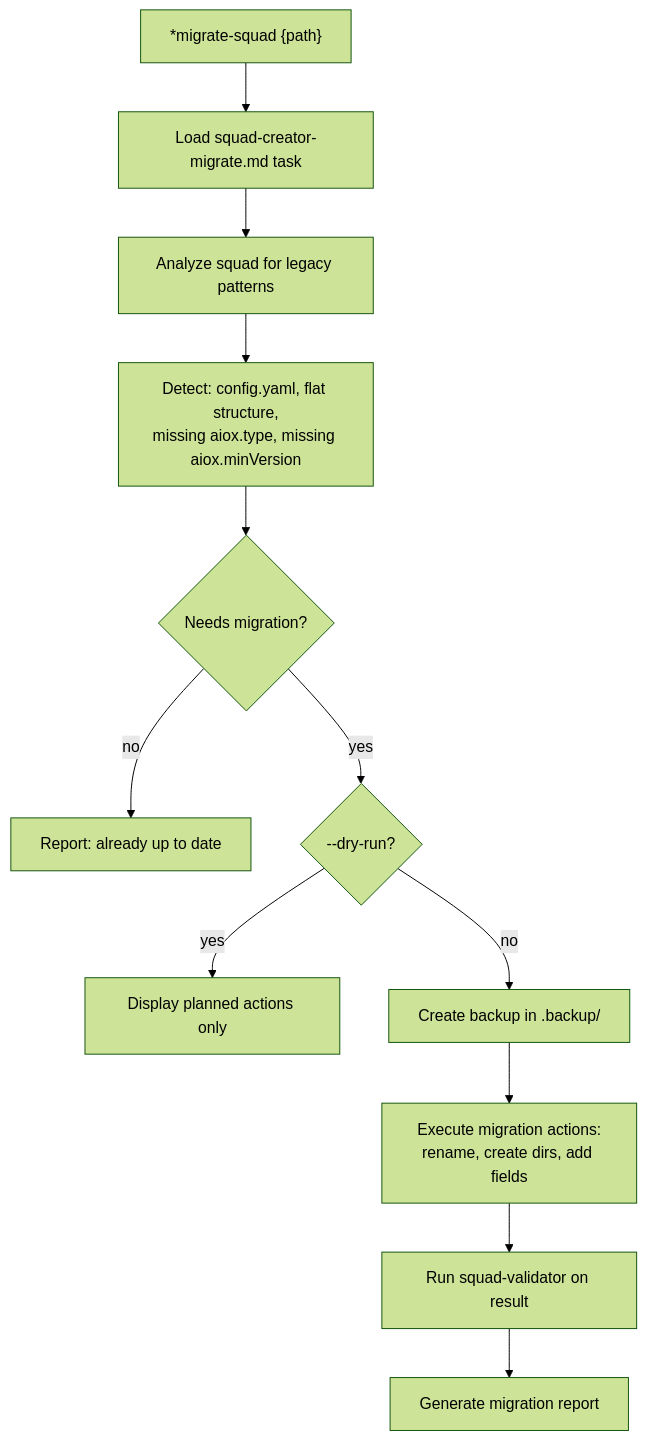
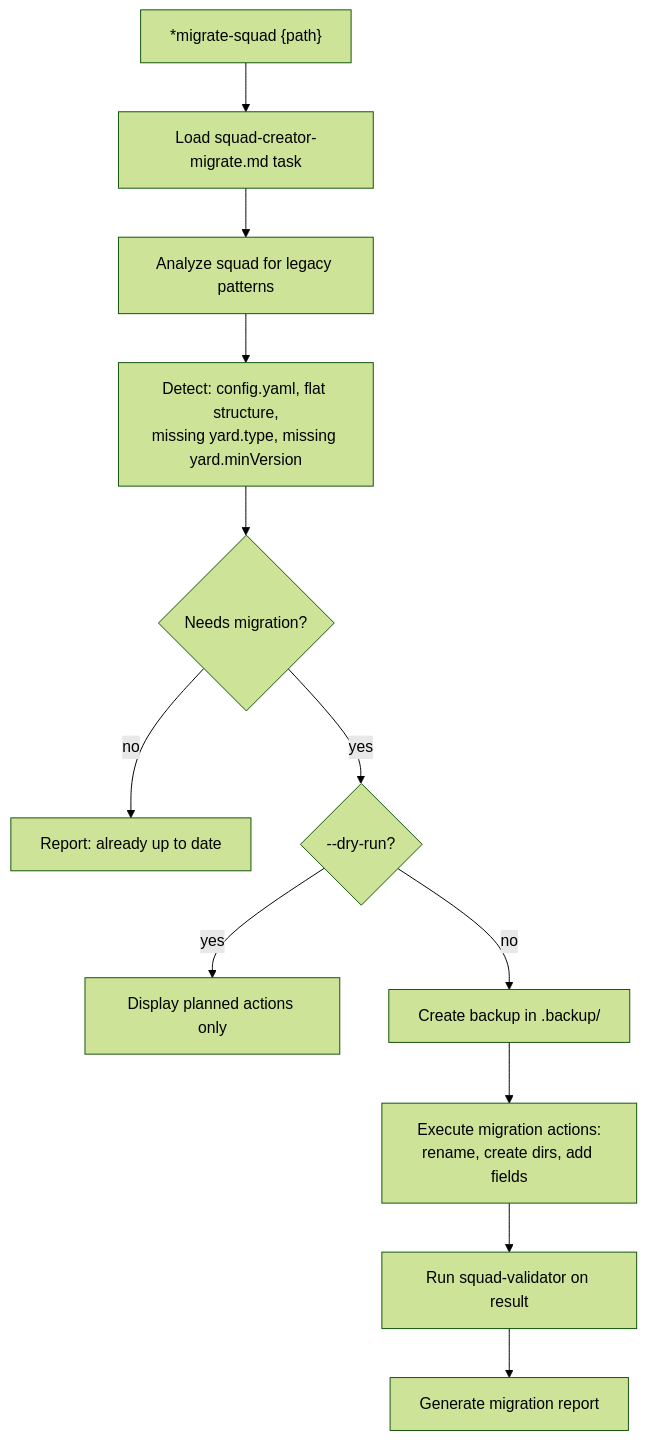
One commit to ernesto-langa/yard-core changed the sixth of 12 diagrams in docs/guides/agents/traces/squad-creation-execution-trace.md. Above: the diagram before and after it, drawn with Mermaid (forest theme). The commit also changed other lines of this file and 529 other files, not shown here.

````diff
--- a/docs/guides/agents/traces/squad-creation-execution-trace.md
+++ b/docs/guides/agents/traces/squad-creation-execution-trace.md
@@ -282,14 +282,14 @@
 ```mermaid
 flowchart TD
     A["*migrate-squad {path}"] --> B[Load squad-creator-migrate.md task]
     B --> C[Analyze squad for legacy patterns]
-    C --> D["Detect: config.yaml, flat structure,<br/>missing aiox.type, missing aiox.minVersion"]
+    C --> D["Detect: config.yaml, flat structure,<br/>missing yard.type, missing yard.minVersion"]
     D --> E{Needs migration?}
     E -->|no| F[Report: already up to date]
     E -->|yes| G{--dry-run?}
     G -->|yes| H[Display planned actions only]
     G -->|no| I[Create backup in .backup/]
     I --> J[Execute migration actions:<br/>rename, create dirs, add fields]
     J --> K[Run squad-validator on result]
     K --> L[Generate migration report]
 ```
````
